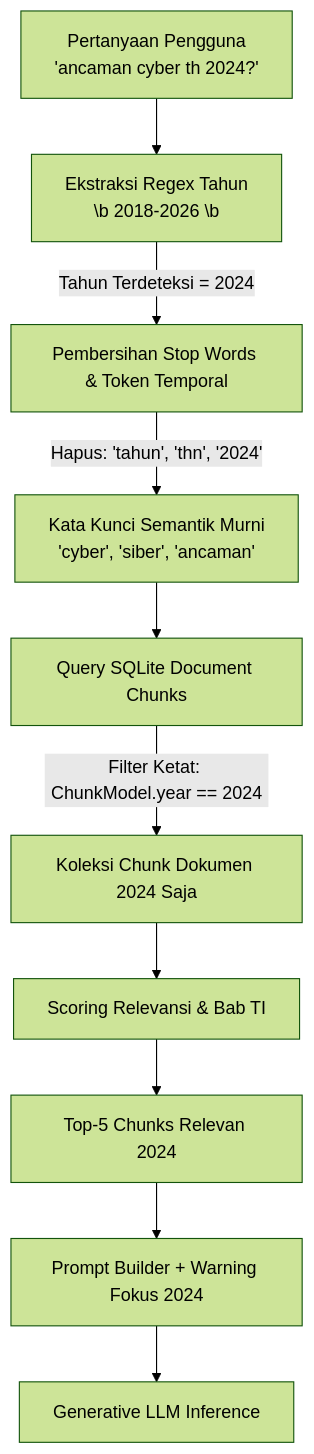
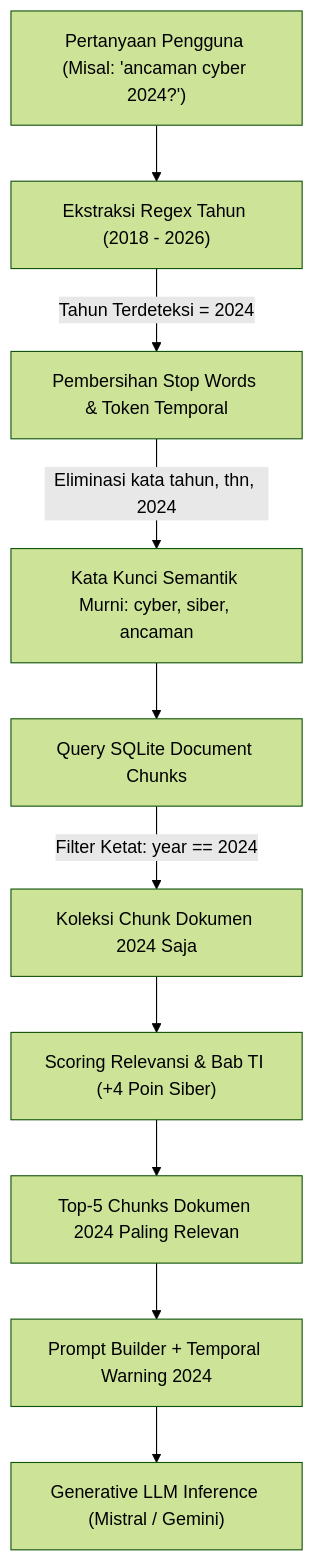
The diagram in docs/rag-engine.md (afiffathin31/annual-report-rag-nashta), drawn with Mermaid (forest theme) before and after one commit. The commit also changed 19 other files, not shown here.

Commit message:
fix(docs): fix missing math formulas, add radar calculations, and fix mermaid diagram syntax

````diff
--- a/docs/rag-engine.md
+++ b/docs/rag-engine.md
@@ -29,16 +29,16 @@
 ```mermaid
 graph TD
-    Query[Pertanyaan Pengguna<br/>'ancaman cyber th 2024?'] --> Regex[Ekstraksi Regex Tahun<br/>\b 2018-2026 \b]
-    Regex -->|Tahun Terdeteksi = 2024| Clean[Pembersihan Stop Words & Token Temporal]
+    Query["Pertanyaan Pengguna (Misal: 'ancaman cyber 2024?')"] --> Regex["Ekstraksi Regex Tahun (2018 - 2026)"]
+    Regex -->|Tahun Terdeteksi = 2024| Clean["Pembersihan Stop Words & Token Temporal"]
     
-    Clean -->|Hapus: 'tahun', 'thn', '2024'| SemanticKW[Kata Kunci Semantik Murni<br/>'cyber', 'siber', 'ancaman']
+    Clean -->|Eliminasi kata tahun, thn, 2024| SemanticKW["Kata Kunci Semantik Murni: cyber, siber, ancaman"]
     
-    SemanticKW --> DBQuery[Query SQLite Document Chunks]
-    DBQuery -->|Filter Ketat: ChunkModel.year == 2024| Candidates[Koleksi Chunk Dokumen 2024 Saja]
+    SemanticKW --> DBQuery["Query SQLite Document Chunks"]
+    DBQuery -->|Filter Ketat: year == 2024| Candidates["Koleksi Chunk Dokumen 2024 Saja"]
     
-    Candidates --> Scoring[Scoring Relevansi & Bab TI]
-    Scoring --> Top5[Top-5 Chunks Relevan 2024]
+    Candidates --> Scoring["Scoring Relevansi & Bab TI (+4 Poin Siber)"]
+    Scoring --> Top5["Top-5 Chunks Dokumen 2024 Paling Relevan"]
     
-    Top5 --> Prompt[Prompt Builder + Warning Fokus 2024]
-    Prompt --> LLM[Generative LLM Inference]
+    Top5 --> Prompt["Prompt Builder + Temporal Warning 2024"]
+    Prompt --> LLM["Generative LLM Inference (Mistral / Gemini)"]
 ```
````
